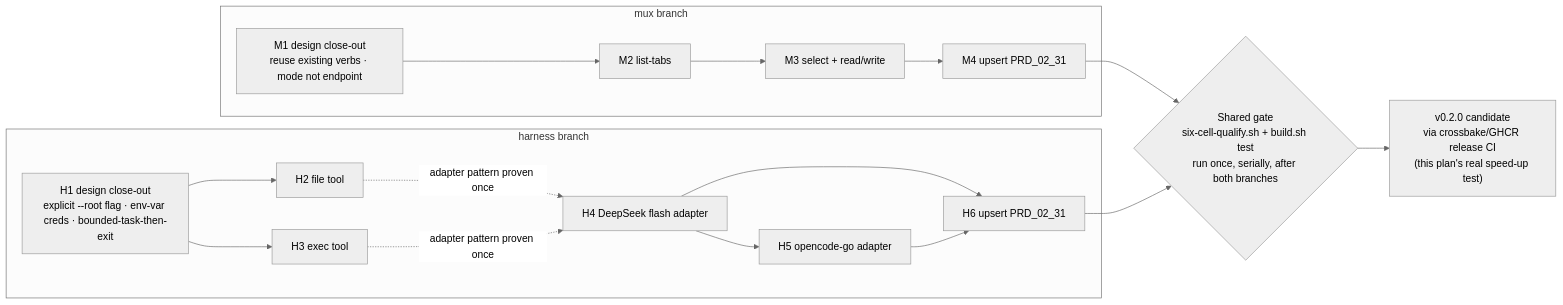
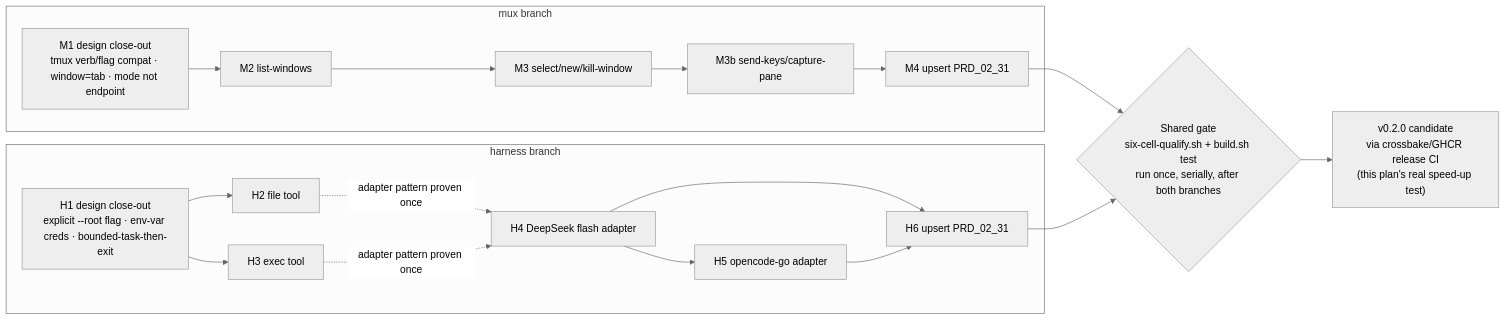
The diagram in plan/plan-v0.2.0.md (partnernetsoftware/minicon), drawn with Mermaid (neutral theme) before and after one commit. The commit also changed other lines of this file and 1 other file, not shown here.

First line of the commit message:
0.2.x: resolve mux's command surface as tmux-CLI-compatible

````diff
--- a/plan/plan-v0.2.0.md
+++ b/plan/plan-v0.2.0.md
@@ -131,29 +163,30 @@
 ```mermaid
 flowchart LR
     subgraph MUX["mux branch"]
-        M1["M1 design close-out<br/>reuse existing verbs · mode not endpoint"]
-        M2["M2 list-tabs"]
-        M3["M3 select + read/write"]
+        M1["M1 design close-out<br/>tmux verb/flag compat · window=tab · mode not endpoint"]
+        M2["M2 list-windows"]
+        M3["M3 select/new/kill-window"]
+        M3B["M3b send-keys/capture-pane"]
         M4["M4 upsert PRD_02_31"]
-        M1 --> M2 --> M3 --> M4
+        M1 --> M2 --> M3 --> M3B --> M4
     end
     subgraph HARNESS["harness branch"]
         H1["H1 design close-out<br/>explicit --root flag · env-var creds · bounded-task-then-exit"]
         H2["H2 file tool"]
         H3["H3 exec tool"]
         H4["H4 DeepSeek flash adapter"]
         H5["H5 opencode-go adapter"]
         H6["H6 upsert PRD_02_31"]
         H1 --> H2
         H1 --> H3
         H2 -. adapter pattern proven once .-> H4
         H3 -. adapter pattern proven once .-> H4
         H4 --> H5
         H4 --> H6
         H5 --> H6
     end
     GATE{"Shared gate<br/>six-cell-qualify.sh + build.sh test<br/>run once, serially, after both branches"}
     M4 --> GATE
     H6 --> GATE
     GATE --> REL["v0.2.0 candidate<br/>via crossbake/GHCR release CI<br/>(this plan's real speed-up test)"]
 ```
````
